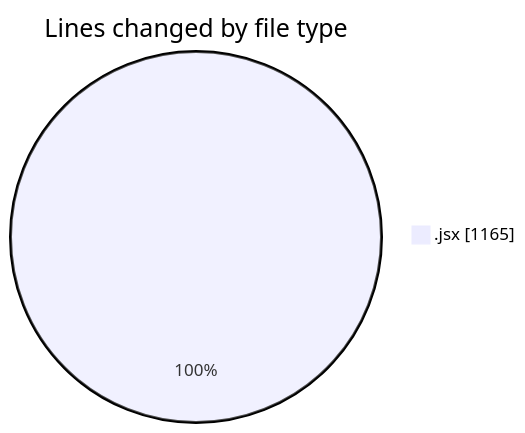
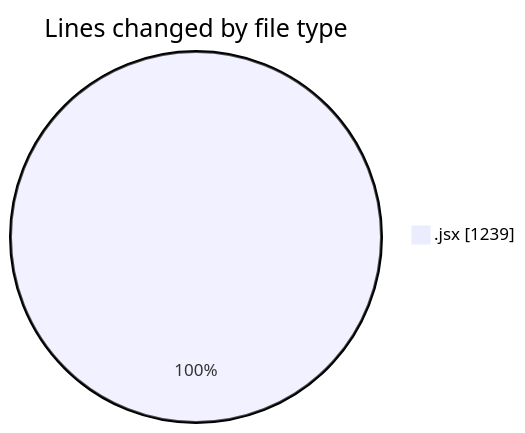
One commit to nxtqubesakshisongat/code-tracking changed the first of 2 diagrams in 2025-08-22/nxtqube_webapp/README.md. Above: the diagram before and after it, drawn with Mermaid. The commit also changed other lines of this file and 1 other file, not shown here.

````diff
--- a/2025-08-22/nxtqube_webapp/README.md
+++ b/2025-08-22/nxtqube_webapp/README.md
@@ -20,5 +20,5 @@
 ```mermaid
 pie showData
 title Lines changed by file type
-".jsx" : 1165
+".jsx" : 1239
 ```
````
